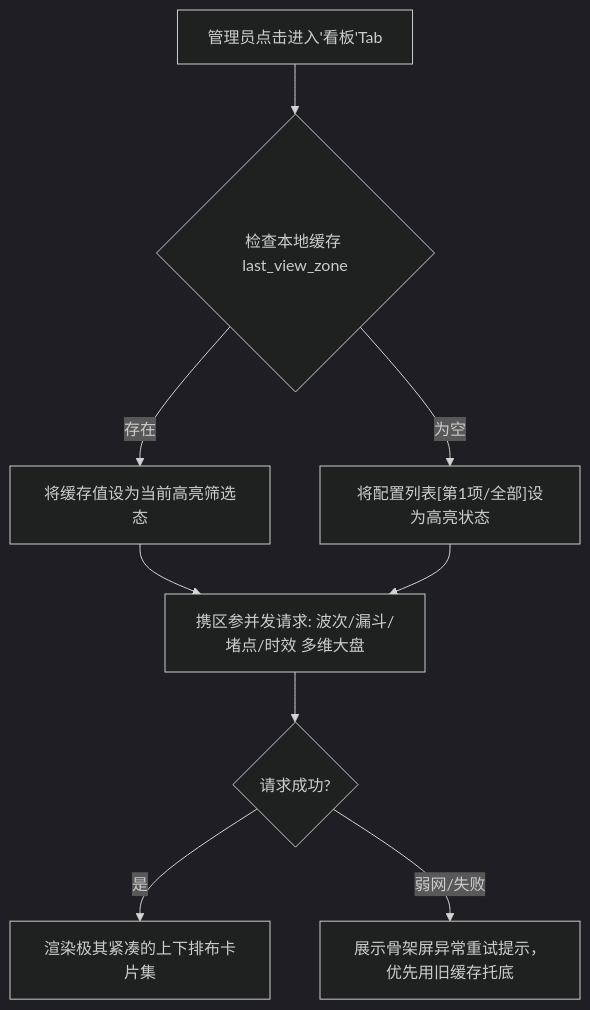
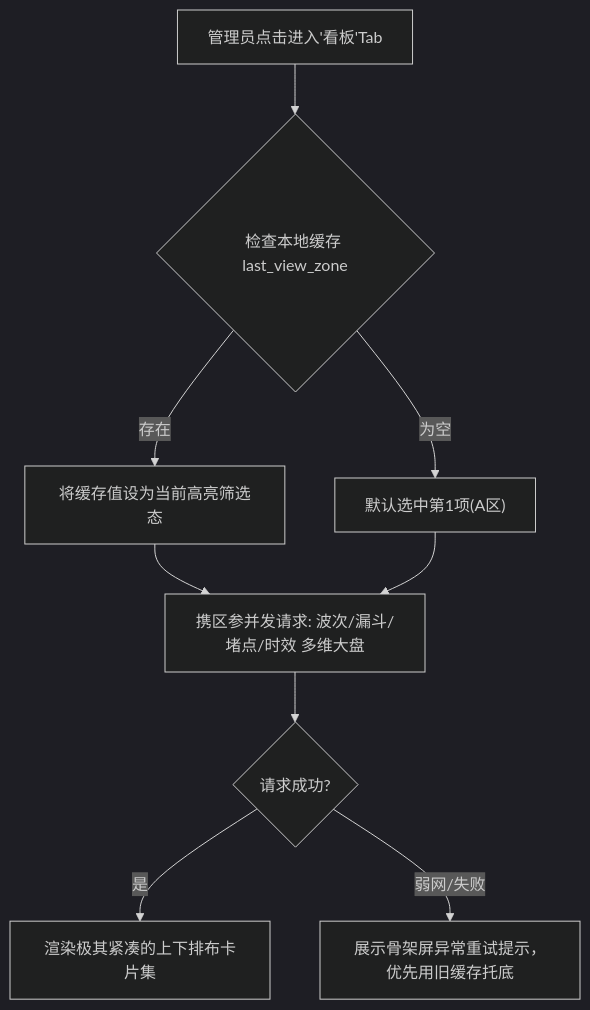
One commit to sdvegeta/gjhadmin changed the second of 3 diagrams in docs/modules/配送小程序_管理看板/IA.md. Above: the diagram before and after it, drawn with Mermaid (dark theme). The commit also changed other lines of this file and 15 other files, not shown here.

````diff
--- a/docs/modules/配送小程序_管理看板/IA.md
+++ b/docs/modules/配送小程序_管理看板/IA.md
@@ -55,11 +56,11 @@
 ```mermaid
 flowchart TD
     A["管理员点击进入'看板'Tab"] --> B{"检查本地缓存 last_view_zone"}
     B -->|存在| C["将缓存值设为当前高亮筛选态"]
-    B -->|为空| D["将配置列表[第1项/全部]设为高亮状态"]
+    B -->|为空| D["默认选中第1项(A区)"]
     C --> E["携区参并发请求: 波次/漏斗/堵点/时效 多维大盘"]
     D --> E
     E --> F{"请求成功?"}
     F -->|是| G["渲染极其紧凑的上下排布卡片集"]
     F -->|弱网/失败| H["展示骨架屏异常重试提示，优先用旧缓存托底"]
 ```
````
